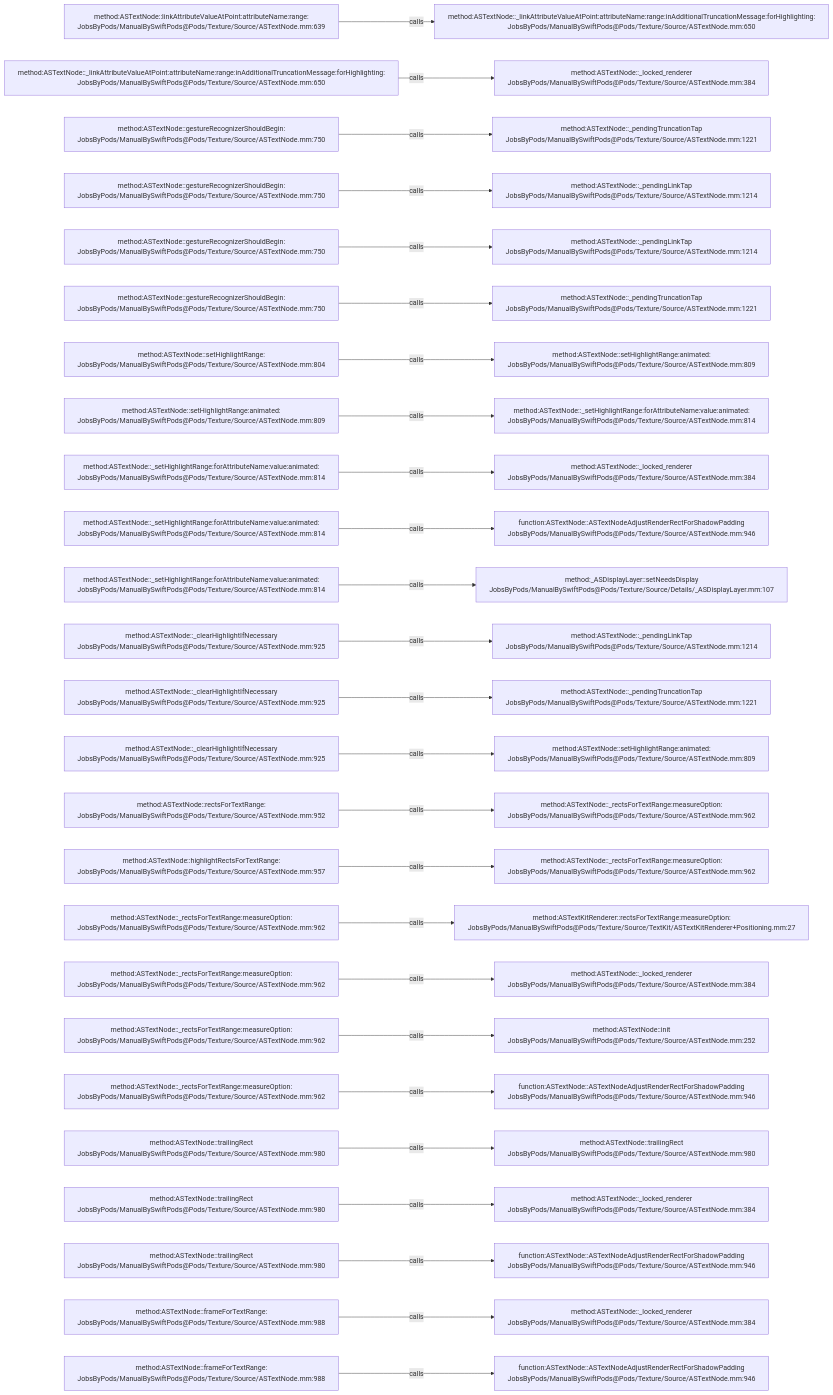
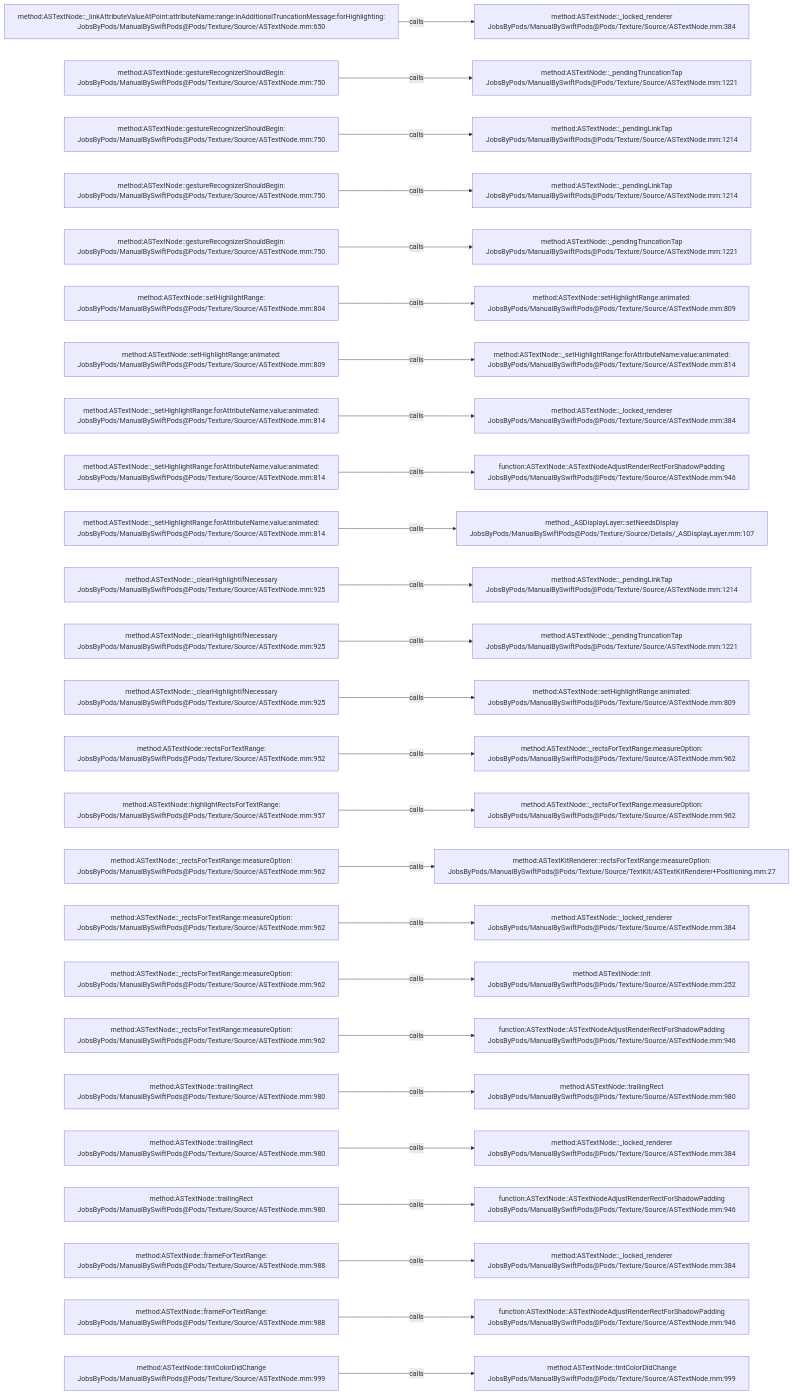
One commit to JobsKits/JobsSwiftBaseConfigDemo changed the diagram in .codegraph/codegraph.md/graphs/calls-067.md. Above: the diagram before and after it, drawn with Mermaid. The commit also changed 747 other files, not shown here.

````diff
--- a/.codegraph/codegraph.md/graphs/calls-067.md
+++ b/.codegraph/codegraph.md/graphs/calls-067.md
@@ -13,78 +13,78 @@
 ```mermaid
 flowchart LR
-  S1["method:ASTextNode::linkAttributeValueAtPoint:attributeName:range:<br/>JobsByPods/ManualBySwiftPods@Pods/Texture/Source/ASTextNode.mm:639"]
-  T1["method:ASTextNode::_linkAttributeValueAtPoint:attributeName:range:inAdditionalTruncationMessage:forHighlighting:<br/>JobsByPods/ManualBySwiftPods@Pods/Texture/Source/ASTextNode.mm:650"]
+  S1["method:ASTextNode::_linkAttributeValueAtPoint:attributeName:range:inAdditionalTruncationMessage:forHighlighting:<br/>JobsByPods/ManualBySwiftPods@Pods/Texture/Source/ASTextNode.mm:650"]
+  T1["method:ASTextNode::_locked_renderer<br/>JobsByPods/ManualBySwiftPods@Pods/Texture/Source/ASTextNode.mm:384"]
   S1 -->|calls| T1
-  S2["method:ASTextNode::_linkAttributeValueAtPoint:attributeName:range:inAdditionalTruncationMessage:forHighlighting:<br/>JobsByPods/ManualBySwiftPods@Pods/Texture/Source/ASTextNode.mm:650"]
-  T2["method:ASTextNode::_locked_renderer<br/>JobsByPods/ManualBySwiftPods@Pods/Texture/Source/ASTextNode.mm:384"]
+  S2["method:ASTextNode::gestureRecognizerShouldBegin:<br/>JobsByPods/ManualBySwiftPods@Pods/Texture/Source/ASTextNode.mm:750"]
+  T2["method:ASTextNode::_pendingTruncationTap<br/>JobsByPods/ManualBySwiftPods@Pods/Texture/Source/ASTextNode.mm:1221"]
   S2 -->|calls| T2
   S3["method:ASTextNode::gestureRecognizerShouldBegin:<br/>JobsByPods/ManualBySwiftPods@Pods/Texture/Source/ASTextNode.mm:750"]
-  T3["method:ASTextNode::_pendingTruncationTap<br/>JobsByPods/ManualBySwiftPods@Pods/Texture/Source/ASTextNode.mm:1221"]
+  T3["method:ASTextNode::_pendingLinkTap<br/>JobsByPods/ManualBySwiftPods@Pods/Texture/Source/ASTextNode.mm:1214"]
   S3 -->|calls| T3
   S4["method:ASTextNode::gestureRecognizerShouldBegin:<br/>JobsByPods/ManualBySwiftPods@Pods/Texture/Source/ASTextNode.mm:750"]
   T4["method:ASTextNode::_pendingLinkTap<br/>JobsByPods/ManualBySwiftPods@Pods/Texture/Source/ASTextNode.mm:1214"]
   S4 -->|calls| T4
   S5["method:ASTextNode::gestureRecognizerShouldBegin:<br/>JobsByPods/ManualBySwiftPods@Pods/Texture/Source/ASTextNode.mm:750"]
-  T5["method:ASTextNode::_pendingLinkTap<br/>JobsByPods/ManualBySwiftPods@Pods/Texture/Source/ASTextNode.mm:1214"]
+  T5["method:ASTextNode::_pendingTruncationTap<br/>JobsByPods/ManualBySwiftPods@Pods/Texture/Source/ASTextNode.mm:1221"]
   S5 -->|calls| T5
-  S6["method:ASTextNode::gestureRecognizerShouldBegin:<br/>JobsByPods/ManualBySwiftPods@Pods/Texture/Source/ASTextNode.mm:750"]
-  T6["method:ASTextNode::_pendingTruncationTap<br/>JobsByPods/ManualBySwiftPods@Pods/Texture/Source/ASTextNode.mm:1221"]
+  S6["method:ASTextNode::setHighlightRange:<br/>JobsByPods/ManualBySwiftPods@Pods/Texture/Source/ASTextNode.mm:804"]
+  T6["method:ASTextNode::setHighlightRange:animated:<br/>JobsByPods/ManualBySwiftPods@Pods/Texture/Source/ASTextNode.mm:809"]
   S6 -->|calls| T6
-  S7["method:ASTextNode::setHighlightRange:<br/>JobsByPods/ManualBySwiftPods@Pods/Texture/Source/ASTextNode.mm:804"]
-  T7["method:ASTextNode::setHighlightRange:animated:<br/>JobsByPods/ManualBySwiftPods@Pods/Texture/Source/ASTextNode.mm:809"]
+  S7["method:ASTextNode::setHighlightRange:animated:<br/>JobsByPods/ManualBySwiftPods@Pods/Texture/Source/ASTextNode.mm:809"]
+  T7["method:ASTextNode::_setHighlightRange:forAttributeName:value:animated:<br/>JobsByPods/ManualBySwiftPods@Pods/Texture/Source/ASTextNode.mm:814"]
   S7 -->|calls| T7
-  S8["method:ASTextNode::setHighlightRange:animated:<br/>JobsByPods/ManualBySwiftPods@Pods/Texture/Source/ASTextNode.mm:809"]
-  T8["method:ASTextNode::_setHighlightRange:forAttributeName:value:animated:<br/>JobsByPods/ManualBySwiftPods@Pods/Texture/Source/ASTextNode.mm:814"]
+  S8["method:ASTextNode::_setHighlightRange:forAttributeName:value:animated:<br/>JobsByPods/ManualBySwiftPods@Pods/Texture/Source/ASTextNode.mm:814"]
+  T8["method:ASTextNode::_locked_renderer<br/>JobsByPods/ManualBySwiftPods@Pods/Texture/Source/ASTextNode.mm:384"]
   S8 -->|calls| T8
   S9["method:ASTextNode::_setHighlightRange:forAttributeName:value:animated:<br/>JobsByPods/ManualBySwiftPods@Pods/Texture/Source/ASTextNode.mm:814"]
-  T9["method:ASTextNode::_locked_renderer<br/>JobsByPods/ManualBySwiftPods@Pods/Texture/Source/ASTextNode.mm:384"]
+  T9["function:ASTextNode::ASTextNodeAdjustRenderRectForShadowPadding<br/>JobsByPods/ManualBySwiftPods@Pods/Texture/Source/ASTextNode.mm:946"]
   S9 -->|calls| T9
   S10["method:ASTextNode::_setHighlightRange:forAttributeName:value:animated:<br/>JobsByPods/ManualBySwiftPods@Pods/Texture/Source/ASTextNode.mm:814"]
-  T10["function:ASTextNode::ASTextNodeAdjustRenderRectForShadowPadding<br/>JobsByPods/ManualBySwiftPods@Pods/Texture/Source/ASTextNode.mm:946"]
+  T10["method:_ASDisplayLayer::setNeedsDisplay<br/>JobsByPods/ManualBySwiftPods@Pods/Texture/Source/Details/_ASDisplayLayer.mm:107"]
   S10 -->|calls| T10
-  S11["method:ASTextNode::_setHighlightRange:forAttributeName:value:animated:<br/>JobsByPods/ManualBySwiftPods@Pods/Texture/Source/ASTextNode.mm:814"]
-  T11["method:_ASDisplayLayer::setNeedsDisplay<br/>JobsByPods/ManualBySwiftPods@Pods/Texture/Source/Details/_ASDisplayLayer.mm:107"]
+  S11["method:ASTextNode::_clearHighlightIfNecessary<br/>JobsByPods/ManualBySwiftPods@Pods/Texture/Source/ASTextNode.mm:925"]
+  T11["method:ASTextNode::_pendingLinkTap<br/>JobsByPods/ManualBySwiftPods@Pods/Texture/Source/ASTextNode.mm:1214"]
   S11 -->|calls| T11
   S12["method:ASTextNode::_clearHighlightIfNecessary<br/>JobsByPods/ManualBySwiftPods@Pods/Texture/Source/ASTextNode.mm:925"]
-  T12["method:ASTextNode::_pendingLinkTap<br/>JobsByPods/ManualBySwiftPods@Pods/Texture/Source/ASTextNode.mm:1214"]
+  T12["method:ASTextNode::_pendingTruncationTap<br/>JobsByPods/ManualBySwiftPods@Pods/Texture/Source/ASTextNode.mm:1221"]
   S12 -->|calls| T12
   S13["method:ASTextNode::_clearHighlightIfNecessary<br/>JobsByPods/ManualBySwiftPods@Pods/Texture/Source/ASTextNode.mm:925"]
-  T13["method:ASTextNode::_pendingTruncationTap<br/>JobsByPods/ManualBySwiftPods@Pods/Texture/Source/ASTextNode.mm:1221"]
+  T13["method:ASTextNode::setHighlightRange:animated:<br/>JobsByPods/ManualBySwiftPods@Pods/Texture/Source/ASTextNode.mm:809"]
   S13 -->|calls| T13
-  S14["method:ASTextNode::_clearHighlightIfNecessary<br/>JobsByPods/ManualBySwiftPods@Pods/Texture/Source/ASTextNode.mm:925"]
-  T14["method:ASTextNode::setHighlightRange:animated:<br/>JobsByPods/ManualBySwiftPods@Pods/Texture/Source/ASTextNode.mm:809"]
+  S14["method:ASTextNode::rectsForTextRange:<br/>JobsByPods/ManualBySwiftPods@Pods/Texture/Source/ASTextNode.mm:952"]
+  T14["method:ASTextNode::_rectsForTextRange:measureOption:<br/>JobsByPods/ManualBySwiftPods@Pods/Texture/Source/ASTextNode.mm:962"]
   S14 -->|calls| T14
-  S15["method:ASTextNode::rectsForTextRange:<br/>JobsByPods/ManualBySwiftPods@Pods/Texture/Source/ASTextNode.mm:952"]
+  S15["method:ASTextNode::highlightRectsForTextRange:<br/>JobsByPods/ManualBySwiftPods@Pods/Texture/Source/ASTextNode.mm:957"]
   T15["method:ASTextNode::_rectsForTextRange:measureOption:<br/>JobsByPods/ManualBySwiftPods@Pods/Texture/Source/ASTextNode.mm:962"]
   S15 -->|calls| T15
-  S16["method:ASTextNode::highlightRectsForTextRange:<br/>JobsByPods/ManualBySwiftPods@Pods/Texture/Source/ASTextNode.mm:957"]
-  T16["method:ASTextNode::_rectsForTextRange:measureOption:<br/>JobsByPods/ManualBySwiftPods@Pods/Texture/Source/ASTextNode.mm:962"]
+  S16["method:ASTextNode::_rectsForTextRange:measureOption:<br/>JobsByPods/ManualBySwiftPods@Pods/Texture/Source/ASTextNode.mm:962"]
+  T16["method:ASTextKitRenderer::rectsForTextRange:measureOption:<br/>JobsByPods/ManualBySwiftPods@Pods/Texture/Source/TextKit/ASTextKitRenderer+Positioning.mm:27"]
   S16 -->|calls| T16
   S17["method:ASTextNode::_rectsForTextRange:measureOption:<br/>JobsByPods/ManualBySwiftPods@Pods/Texture/Source/ASTextNode.mm:962"]
-  T17["method:ASTextKitRenderer::rectsForTextRange:measureOption:<br/>JobsByPods/ManualBySwiftPods@Pods/Texture/Source/TextKit/ASTextKitRenderer+Positioning.mm:27"]
+  T17["method:ASTextNode::_locked_renderer<br/>JobsByPods/ManualBySwiftPods@Pods/Texture/Source/ASTextNode.mm:384"]
   S17 -->|calls| T17
   S18["method:ASTextNode::_rectsForTextRange:measureOption:<br/>JobsByPods/ManualBySwiftPods@Pods/Texture/Source/ASTextNode.mm:962"]
-  T18["method:ASTextNode::_locked_renderer<br/>JobsByPods/ManualBySwiftPods@Pods/Texture/Source/ASTextNode.mm:384"]
+  T18["method:ASTextNode::init<br/>JobsByPods/ManualBySwiftPods@Pods/Texture/Source/ASTextNode.mm:252"]
   S18 -->|calls| T18
   S19["method:ASTextNode::_rectsForTextRange:measureOption:<br/>JobsByPods/ManualBySwiftPods@Pods/Texture/Source/ASTextNode.mm:962"]
-  T19["method:ASTextNode::init<br/>JobsByPods/ManualBySwiftPods@Pods/Texture/Source/ASTextNode.mm:252"]
+  T19["function:ASTextNode::ASTextNodeAdjustRenderRectForShadowPadding<br/>JobsByPods/ManualBySwiftPods@Pods/Texture/Source/ASTextNode.mm:946"]
   S19 -->|calls| T19
-  S20["method:ASTextNode::_rectsForTextRange:measureOption:<br/>JobsByPods/ManualBySwiftPods@Pods/Texture/Source/ASTextNode.mm:962"]
-  T20["function:ASTextNode::ASTextNodeAdjustRenderRectForShadowPadding<br/>JobsByPods/ManualBySwiftPods@Pods/Texture/Source/ASTextNode.mm:946"]
+  S20["method:ASTextNode::trailingRect<br/>JobsByPods/ManualBySwiftPods@Pods/Texture/Source/ASTextNode.mm:980"]
+  T20["method:ASTextNode::trailingRect<br/>JobsByPods/ManualBySwiftPods@Pods/Texture/Source/ASTextNode.mm:980"]
   S20 -->|calls| T20
   S21["method:ASTextNode::trailingRect<br/>JobsByPods/ManualBySwiftPods@Pods/Texture/Source/ASTextNode.mm:980"]
-  T21["method:ASTextNode::trailingRect<br/>JobsByPods/ManualBySwiftPods@Pods/Texture/Source/ASTextNode.mm:980"]
+  T21["method:ASTextNode::_locked_renderer<br/>JobsByPods/ManualBySwiftPods@Pods/Texture/Source/ASTextNode.mm:384"]
   S21 -->|calls| T21
   S22["method:ASTextNode::trailingRect<br/>JobsByPods/ManualBySwiftPods@Pods/Texture/Source/ASTextNode.mm:980"]
-  T22["method:ASTextNode::_locked_renderer<br/>JobsByPods/ManualBySwiftPods@Pods/Texture/Source/ASTextNode.mm:384"]
+  T22["function:ASTextNode::ASTextNodeAdjustRenderRectForShadowPadding<br/>JobsByPods/ManualBySwiftPods@Pods/Texture/Source/ASTextNode.mm:946"]
   S22 -->|calls| T22
-  S23["method:ASTextNode::trailingRect<br/>JobsByPods/ManualBySwiftPods@Pods/Texture/Source/ASTextNode.mm:980"]
-  T23["function:ASTextNode::ASTextNodeAdjustRenderRectForShadowPadding<br/>JobsByPods/ManualBySwiftPods@Pods/Texture/Source/ASTextNode.mm:946"]
+  S23["method:ASTextNode::frameForTextRange:<br/>JobsByPods/ManualBySwiftPods@Pods/Texture/Source/ASTextNode.mm:988"]
+  T23["method:ASTextNode::_locked_renderer<br/>JobsByPods/ManualBySwiftPods@Pods/Texture/Source/ASTextNode.mm:384"]
   S23 -->|calls| T23
   S24["method:ASTextNode::frameForTextRange:<br/>JobsByPods/ManualBySwiftPods@Pods/Texture/Source/ASTextNode.mm:988"]
-  T24["method:ASTextNode::_locked_renderer<br/>JobsByPods/ManualBySwiftPods@Pods/Texture/Source/ASTextNode.mm:384"]
+  T24["function:ASTextNode::ASTextNodeAdjustRenderRectForShadowPadding<br/>JobsByPods/ManualBySwiftPods@Pods/Texture/Source/ASTextNode.mm:946"]
   S24 -->|calls| T24
-  S25["method:ASTextNode::frameForTextRange:<br/>JobsByPods/ManualBySwiftPods@Pods/Texture/Source/ASTextNode.mm:988"]
-  T25["function:ASTextNode::ASTextNodeAdjustRenderRectForShadowPadding<br/>JobsByPods/ManualBySwiftPods@Pods/Texture/Source/ASTextNode.mm:946"]
+  S25["method:ASTextNode::tintColorDidChange<br/>JobsByPods/ManualBySwiftPods@Pods/Texture/Source/ASTextNode.mm:999"]
+  T25["method:ASTextNode::tintColorDidChange<br/>JobsByPods/ManualBySwiftPods@Pods/Texture/Source/ASTextNode.mm:999"]
   S25 -->|calls| T25
 ```
````
